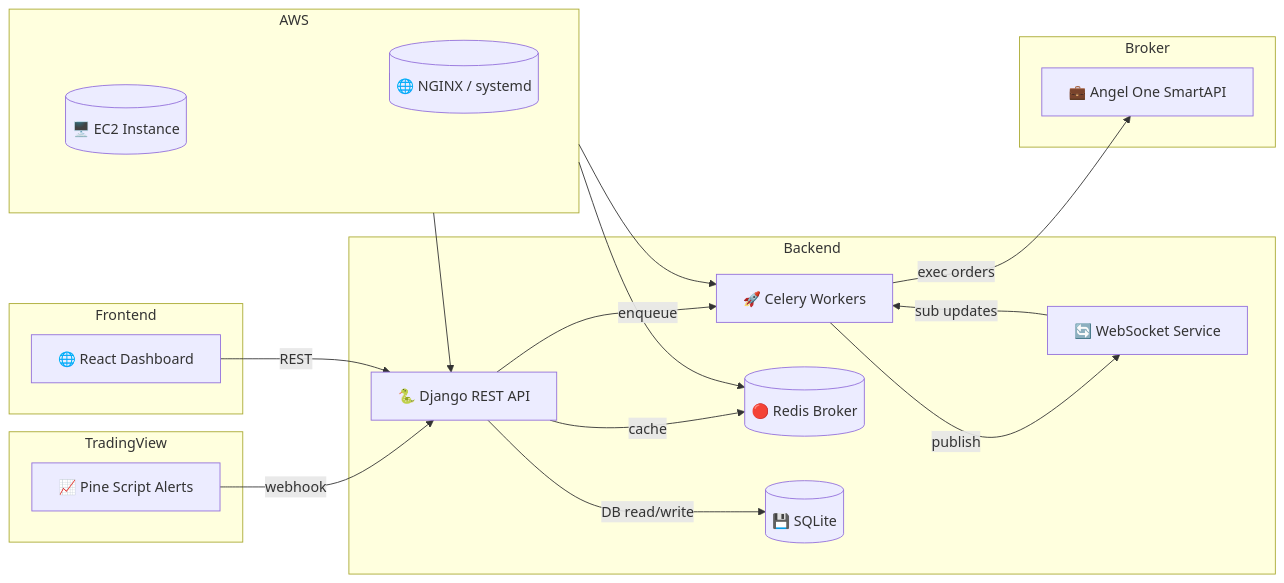
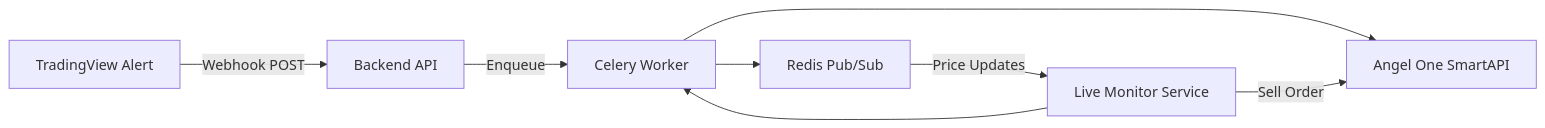
Before and after one commit to AbhishekYadav-01/Automated-Trading-System-with-Broker-Integration: the diagram in README.md, drawn with Mermaid. The commit also changed other lines of this file, not shown here.

````diff
--- a/README.md
+++ b/README.md
@@ -122,40 +86,10 @@
 ```mermaid
 flowchart LR
-  subgraph TradingView
-    TV[📈 Pine Script Alerts]
-  end
-
-  subgraph Frontend
-    FE[🌐 React Dashboard]
-  end
-
-  subgraph Backend
-    BE[🐍 Django REST API]
-    Cel[🚀 Celery Workers]
-    Redis[(🔴 Redis Broker)]
-    DB[(💾 SQLite)]
-    WS[🔄 WebSocket Service]
-  end
-
-  subgraph Broker
-    API[💼 Angel One SmartAPI]
-  end
-
-  subgraph AWS
-    EC2[(🖥️ EC2 Instance)]
-    NGINX[(🌐 NGINX / systemd)]
-  end
-
-  TV -->|webhook| BE
-  FE -->|REST| BE
-  BE -->|enqueue| Cel
-  Cel -->|exec orders| API
-  Cel -->|publish| WS
-  WS -->|sub updates| Cel
-  BE -->|DB read/write| DB
-  BE -->|cache| Redis
-  AWS --> BE
-  AWS --> Cel
-  AWS --> Redis
-  AWS --> NGINX
+    TV[TradingView Alert] -->|Webhook POST| API[Backend API]
+    API -->|Enqueue| Celery[Celery Worker]
+    Celery --> Broker[Angel One SmartAPI]
+    Celery --> Redis[Redis Pub/Sub]
+    Redis -->|Price Updates| Monitor[Live Monitor Service]
+    Monitor --> Celery
+    Monitor -->|Sell Order| Broker
 ```
````
